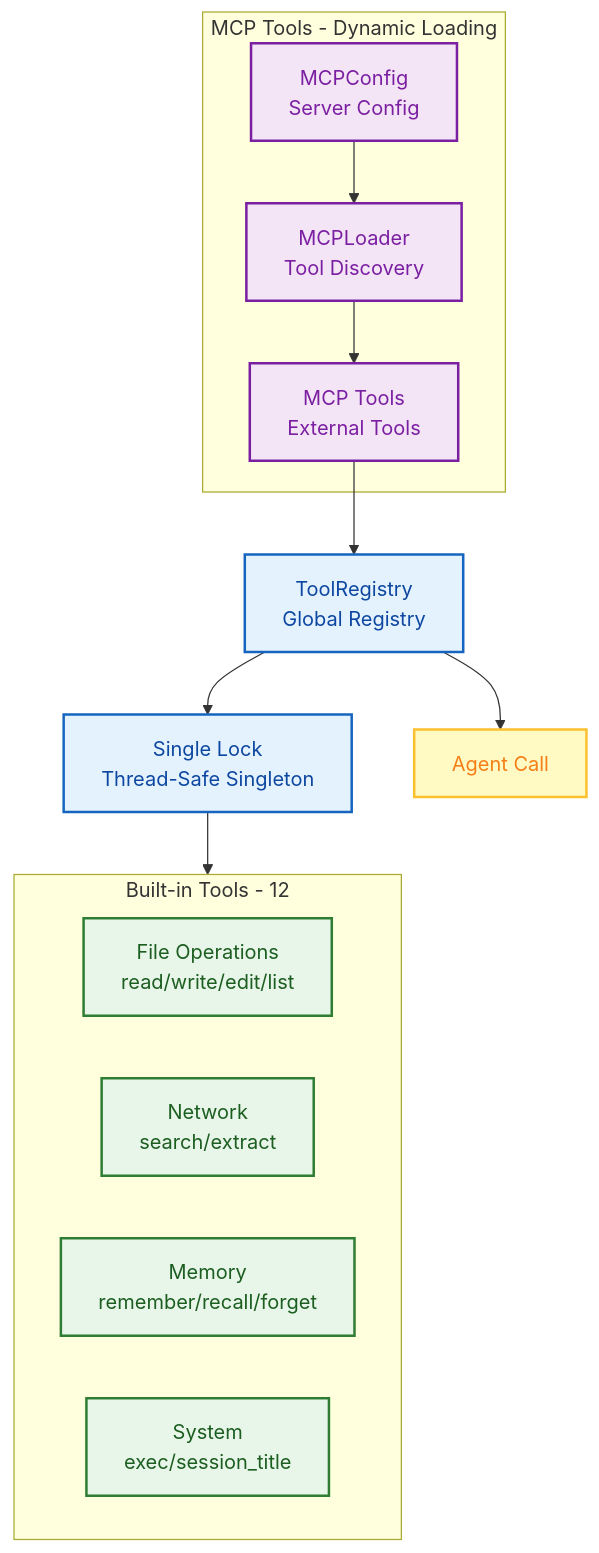
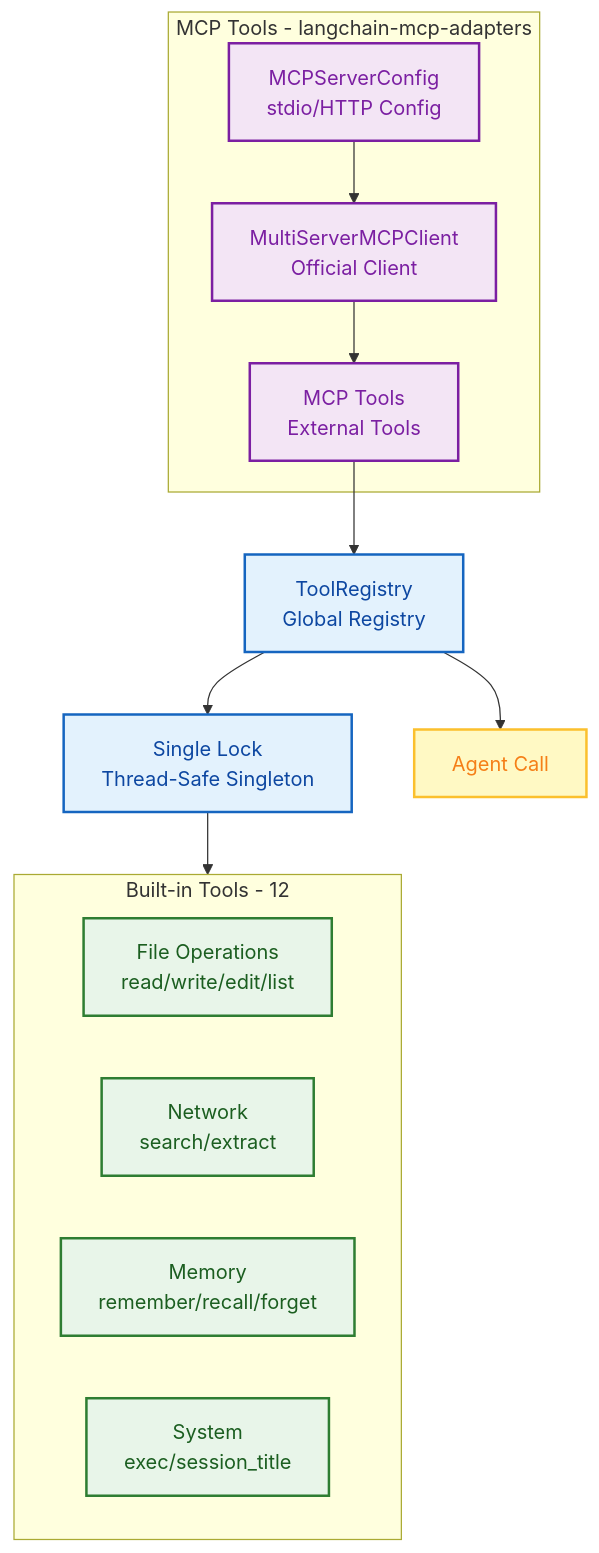
One commit to xt765/FinchBot changed the sixth of 8 diagrams in docs/en-US/blog/finchbot-flexible-ai-agent-framework.md. Above: the diagram before and after it, drawn with Mermaid. The commit also changed other lines of this file and 30 other files, not shown here.

First line of the commit message:
refactor: 使用 langchain-mcp-adapters 和 LangBot 重构 MCP 和 Channel 模块

````diff
--- a/docs/en-US/blog/finchbot-flexible-ai-agent-framework.md
+++ b/docs/en-US/blog/finchbot-flexible-ai-agent-framework.md
@@ -396,30 +404,30 @@
 ```mermaid
 flowchart TB
     classDef registry fill:#e3f2fd,stroke:#1565c0,stroke-width:2px,color:#0d47a1;
     classDef builtin fill:#e8f5e9,stroke:#2e7d32,stroke-width:2px,color:#1b5e20;
     classDef mcp fill:#f3e5f5,stroke:#7b1fa2,stroke-width:2px,color:#7b1fa2;
     classDef agent fill:#fff9c4,stroke:#fbc02d,stroke-width:2px,color:#f57f17;
 
     TR[ToolRegistry<br/>Global Registry]:::registry
     Lock[Single Lock<br/>Thread-Safe Singleton]:::registry
 
     subgraph BuiltIn [Built-in Tools - 12]
         File[File Operations<br/>read/write/edit/list]:::builtin
         Web[Network<br/>search/extract]:::builtin
         Memory[Memory<br/>remember/recall/forget]:::builtin
         System[System<br/>exec/session_title]:::builtin
     end
 
-    subgraph MCP [MCP Tools - Dynamic Loading]
-        MCPConfig[MCPConfig<br/>Server Config]:::mcp
-        MCPLoader[MCPLoader<br/>Tool Discovery]:::mcp
+    subgraph MCP [MCP Tools - langchain-mcp-adapters]
+        MCPConfig[MCPServerConfig<br/>stdio/HTTP Config]:::mcp
+        MCPClient[MultiServerMCPClient<br/>Official Client]:::mcp
         MCPTools[MCP Tools<br/>External Tools]:::mcp
     end
 
     Agent[Agent Call]:::agent
 
     TR --> Lock
     Lock --> BuiltIn
-    MCPConfig --> MCPLoader --> MCPTools --> TR
+    MCPConfig --> MCPClient --> MCPTools --> TR
     TR --> Agent
 ```
````
